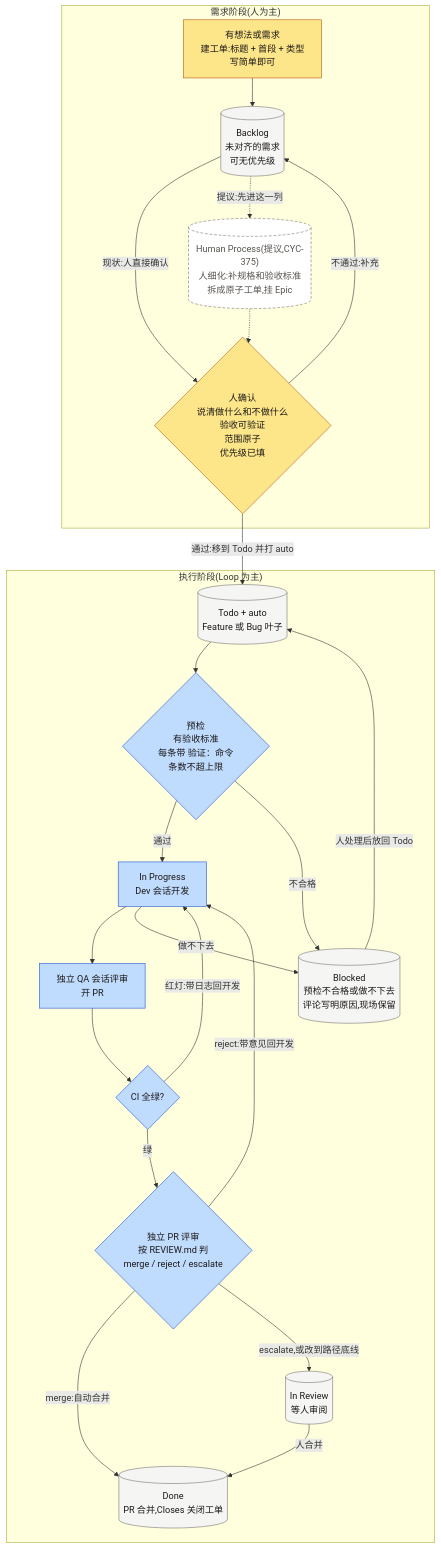
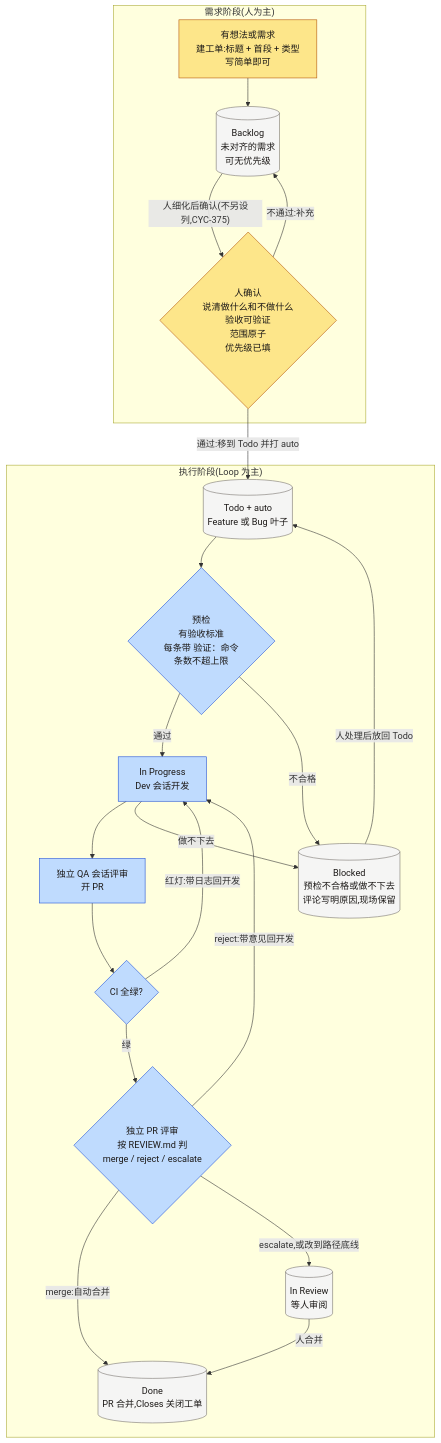
Before and after one commit to OhMyJames/cycle: the diagram in .agents/skills/cycle-workflow/SKILL.md, drawn with Mermaid. The commit also changed other lines of this file and 1 other file, not shown here.

````diff
--- a/.agents/skills/cycle-workflow/SKILL.md
+++ b/.agents/skills/cycle-workflow/SKILL.md
@@ -20,47 +20,43 @@
 ```mermaid
 flowchart TD
     classDef human fill:#fde68a,stroke:#b45309,color:#1c1917
     classDef loop fill:#bfdbfe,stroke:#1d4ed8,color:#1c1917
     classDef col fill:#f5f5f4,stroke:#78716c,color:#1c1917
-    classDef plan fill:#fff,stroke:#78716c,stroke-dasharray:5 3,color:#57534e
 
     subgraph 需求["需求阶段(人为主)"]
         N["有想法或需求<br/>建工单:标题 + 首段 + 类型<br/>写简单即可"]:::human
         B[("Backlog<br/>未对齐的需求<br/>可无优先级")]:::col
-        HP[("Human Process(提议,CYC-375)<br/>人细化:补规格和验收标准<br/>拆成原子工单,挂 Epic")]:::plan
         G{"人确认<br/>说清做什么和不做什么<br/>验收可验证<br/>范围原子<br/>优先级已填"}:::human
     end
 
     subgraph 执行["执行阶段(Loop 为主)"]
         T[("Todo + auto<br/>Feature 或 Bug 叶子")]:::col
         P{"预检<br/>有验收标准<br/>每条带 验证：命令<br/>条数不超上限"}:::loop
         D["In Progress<br/>Dev 会话开发"]:::loop
         R["独立 QA 会话评审<br/>开 PR"]:::loop
         CI{"CI 全绿?"}:::loop
         PR{"独立 PR 评审<br/>按 REVIEW.md 判<br/>merge / reject / escalate"}:::loop
         IR[("In Review<br/>等人审阅")]:::col
         BL[("Blocked<br/>预检不合格或做不下去<br/>评论写明原因,现场保留")]:::col
         DN[("Done<br/>PR 合并,Closes 关闭工单")]:::col
     end
 
     N --> B
-    B -->|"现状:人直接确认"| G
-    B -.->|"提议:先进这一列"| HP
-    HP -.-> G
+    B -->|"人细化后确认(不另设列,CYC-375)"| G
     G -->|"通过:移到 Todo 并打 auto"| T
     G -->|"不通过:补充"| B
 
     T --> P
     P -->|"通过"| D
     P -->|"不合格"| BL
     D --> R
     R --> CI
     CI -->|"红灯:带日志回开发"| D
     CI -->|"绿"| PR
     PR -->|"merge:自动合并"| DN
     PR -->|"reject:带意见回开发"| D
     PR -->|"escalate,或改到路径底线"| IR
     IR -->|"人合并"| DN
     D -->|"做不下去"| BL
     BL -->|"人处理后放回 Todo"| T
 ```
````
